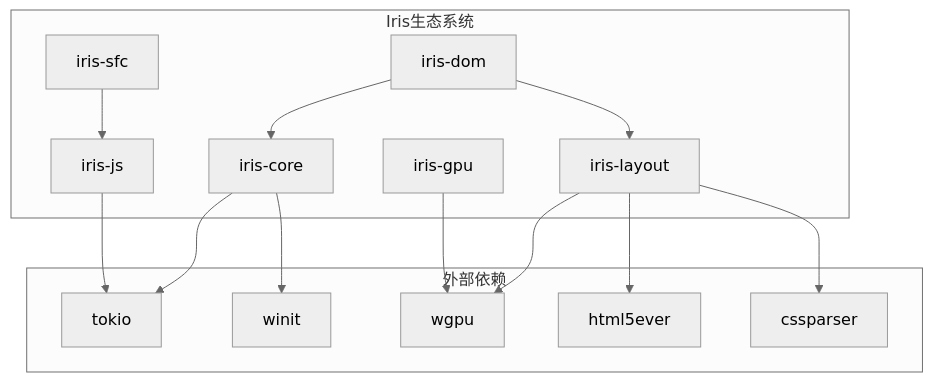
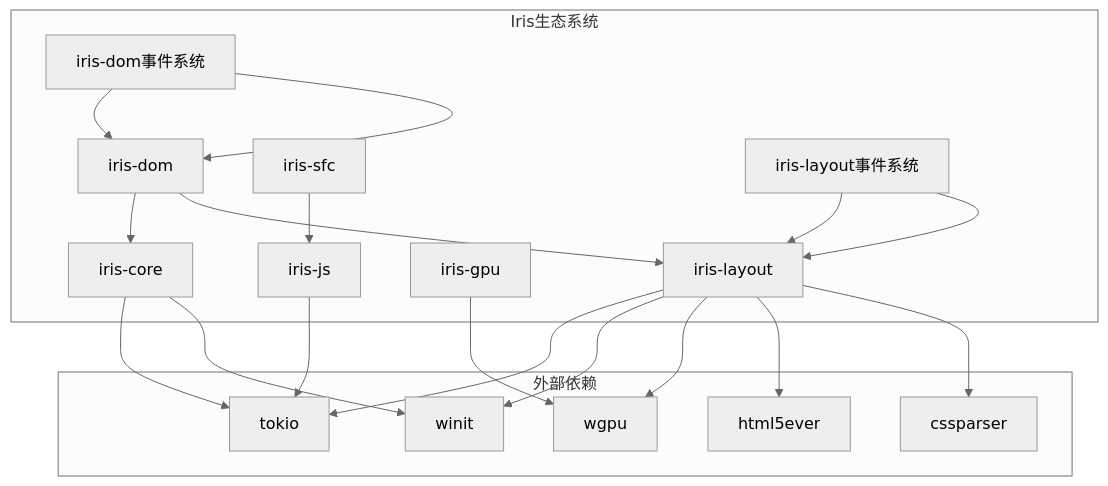
One commit to itszzl-sudo/iris changed the ninth of 9 diagrams in .qoder/repowiki/zh/content/技术架构详解/跨端抽象层/iris-dom事件系统.md. Above: the diagram before and after it, drawn with Mermaid (neutral theme). The commit also changed other lines of this file and 8 other files, not shown here.

````diff
--- a/.qoder/repowiki/zh/content/技术架构详解/跨端抽象层/iris-dom事件系统.md
+++ b/.qoder/repowiki/zh/content/技术架构详解/跨端抽象层/iris-dom事件系统.md
@@ -368,28 +446,36 @@
 ```mermaid
 graph TB
 subgraph "Iris生态系统"
 A[iris-dom]
 B[iris-core]
 C[iris-layout]
 D[iris-gpu]
 E[iris-js]
 F[iris-sfc]
+G[iris-layout事件系统]
+H[iris-dom事件系统]
 end
 subgraph "外部依赖"
-G[tokio]
-H[winit]
-I[wgpu]
-J[html5ever]
-K[cssparser]
+I[tokio]
+J[winit]
+K[wgpu]
+L[html5ever]
+M[cssparser]
 end
 A --> B
 A --> C
-B --> G
-B --> H
+B --> I
+B --> J
 C --> I
 C --> J
 C --> K
-D --> I
-E --> G
+C --> L
+C --> M
+D --> K
+E --> I
 F --> E
+G --> C
+H --> A
+G --> C
+H --> A
 ```
````
